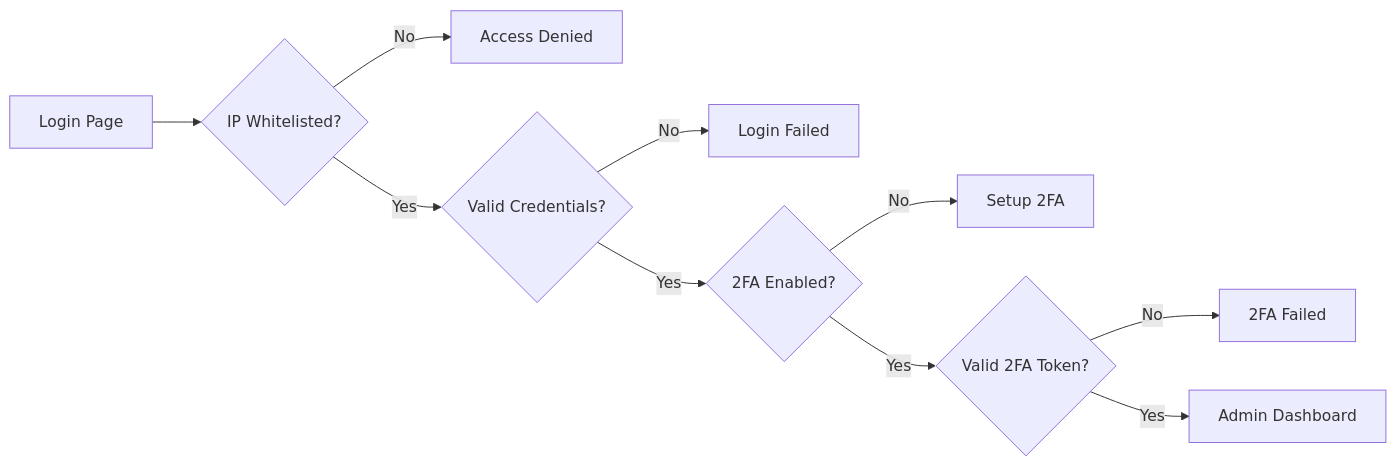
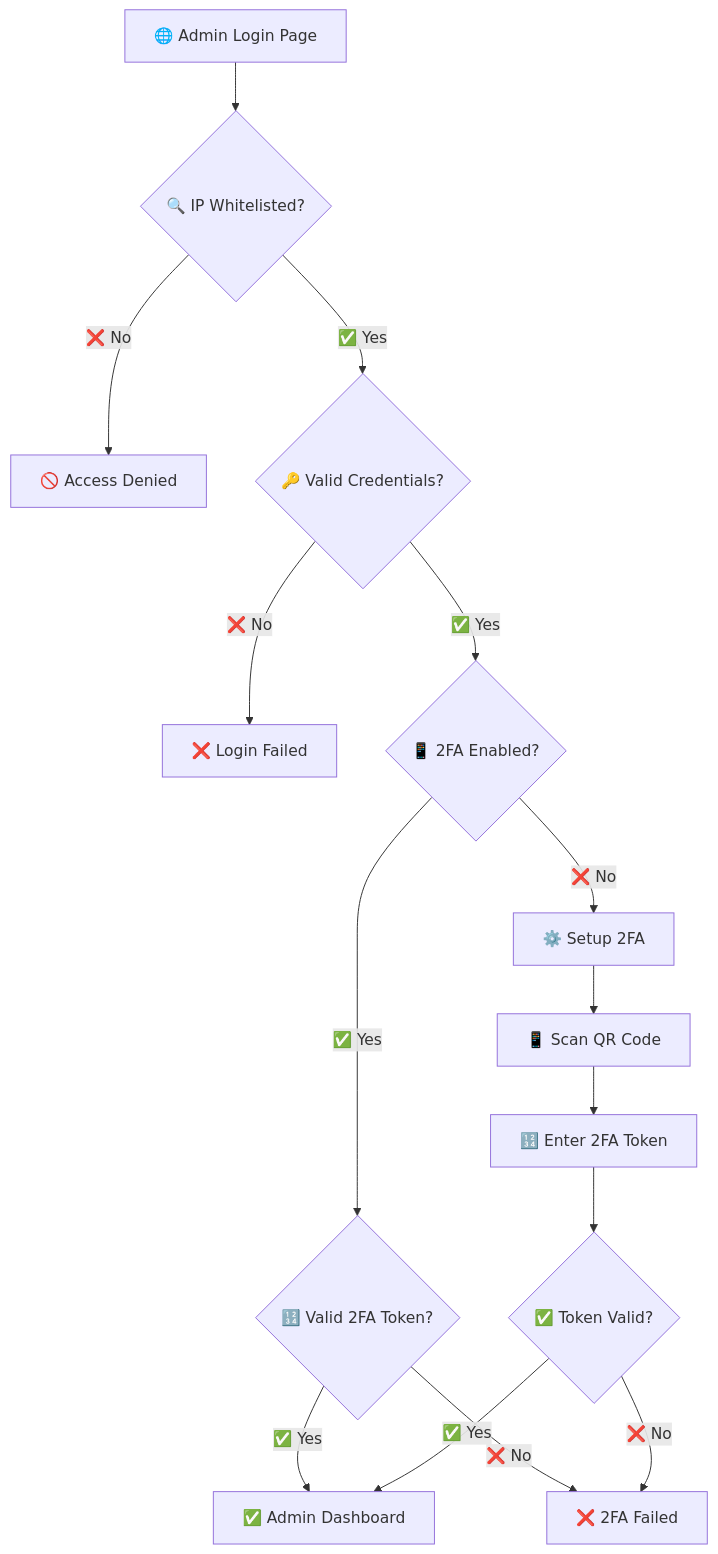
One commit to CemRoot/cv-genius-project-v2 changed the diagram in README.md. Above: the diagram before and after it, drawn with Mermaid. The commit also changed other lines of this file and 3 other files, not shown here.

````diff
--- a/README.md
+++ b/README.md
@@ -297,12 +667,18 @@
 ```mermaid
-graph LR
-    A[Login Page] --> B{IP Whitelisted?}
-    B -->|No| C[Access Denied]
-    B -->|Yes| D{Valid Credentials?}
-    D -->|No| E[Login Failed]
-    D -->|Yes| F{2FA Enabled?}
-    F -->|No| G[Setup 2FA]
-    F -->|Yes| H{Valid 2FA Token?}
-    H -->|No| I[2FA Failed]
-    H -->|Yes| J[Admin Dashboard]
+graph TD
+    A[🌐 Admin Login Page] --> B{🔍 IP Whitelisted?}
+    B -->|❌ No| C[🚫 Access Denied]
+    B -->|✅ Yes| D{🔑 Valid Credentials?}
+    D -->|❌ No| E[❌ Login Failed]
+    D -->|✅ Yes| F{📱 2FA Enabled?}
+    F -->|❌ No| G[⚙️ Setup 2FA]
+    F -->|✅ Yes| H{🔢 Valid 2FA Token?}
+    H -->|❌ No| I[❌ 2FA Failed]
+    H -->|✅ Yes| J[✅ Admin Dashboard]
+
+    G --> K[📱 Scan QR Code]
+    K --> L[🔢 Enter 2FA Token]
+    L --> M{✅ Token Valid?}
+    M -->|✅ Yes| J
+    M -->|❌ No| I
 ```
````
